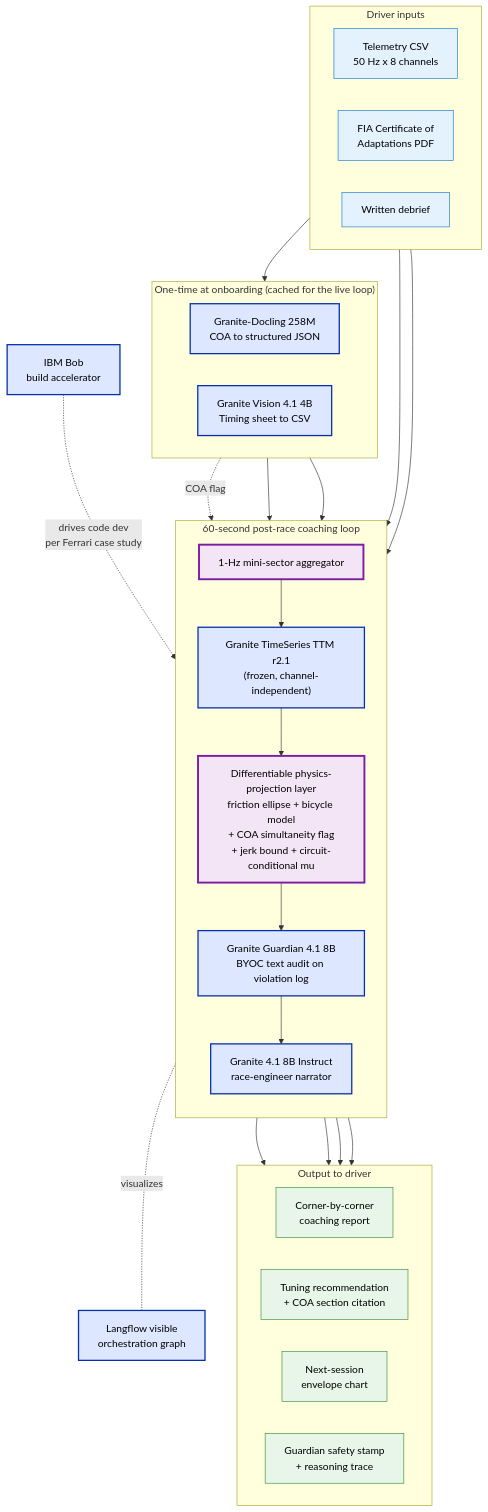
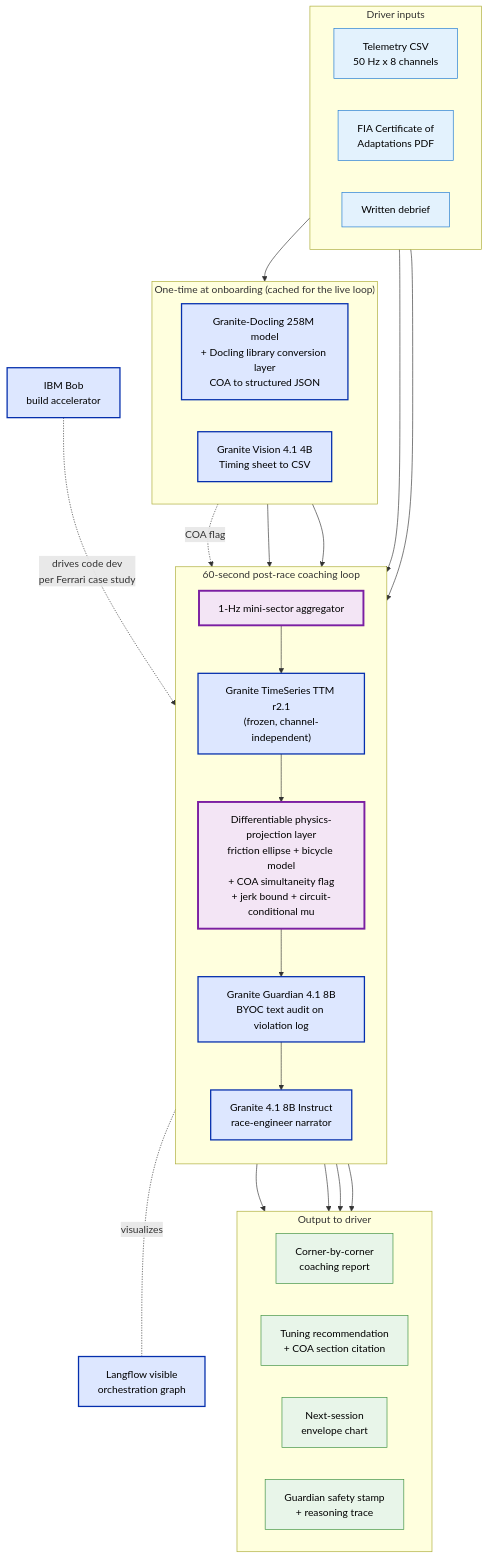
One commit to StephenSook/apex changed the diagram in README.md. Above: the diagram before and after it, drawn with Mermaid.

Commit message:
docs(readme): align Mermaid OB node with prose 'Eight IBM tools' (Granite-Docling model + Docling library)

````diff
--- a/README.md
+++ b/README.md
@@ -60,63 +60,63 @@
 ```mermaid
 flowchart TB
     subgraph In["Driver inputs"]
         direction LR
         TEL["Telemetry CSV<br/>50 Hz x 8 channels"]
         COA["FIA Certificate of<br/>Adaptations PDF"]
         DBR["Written debrief"]
     end
 
     subgraph OB["One-time at onboarding (cached for the live loop)"]
         direction LR
-        DOCLING["Granite-Docling 258M<br/>COA to structured JSON"]
+        DOCLING["Granite-Docling 258M model<br/>+ Docling library conversion layer<br/>COA to structured JSON"]
         VISION["Granite Vision 4.1 4B<br/>Timing sheet to CSV"]
     end
 
     subgraph LL["60-second post-race coaching loop"]
         direction TB
         AGG["1-Hz mini-sector aggregator"]
         TTM["Granite TimeSeries TTM r2.1<br/>(frozen, channel-independent)"]
         PROJ["Differentiable physics-projection layer<br/>friction ellipse + bicycle model<br/>+ COA simultaneity flag<br/>+ jerk bound + circuit-conditional mu"]
         GUARD["Granite Guardian 4.1 8B<br/>BYOC text audit on violation log"]
         INSTR["Granite 4.1 8B Instruct<br/>race-engineer narrator"]
     end
 
     subgraph Out["Output to driver"]
         direction LR
         REPORT["Corner-by-corner<br/>coaching report"]
         TUNE["Tuning recommendation<br/>+ COA section citation"]
         FCST["Next-session<br/>envelope chart"]
         STAMP["Guardian safety stamp<br/>+ reasoning trace"]
     end
 
     TEL --> AGG
     COA --> DOCLING
     AGG --> TTM
     DOCLING -. COA flag .-> PROJ
     TTM --> PROJ
     PROJ --> GUARD
     DBR --> INSTR
     GUARD --> INSTR
     DOCLING --> INSTR
     VISION --> INSTR
     INSTR --> REPORT
     INSTR --> TUNE
     PROJ --> FCST
     GUARD --> STAMP
 
     LF["Langflow visible<br/>orchestration graph"]
     LL -. visualizes .- LF
 
     BOB["IBM Bob<br/>build accelerator"]
     BOB -.->|drives code dev<br/>per Ferrari case study| LL
 
     classDef ibm fill:#dde7ff,stroke:#052fad,stroke-width:2px,color:#000
     classDef physics fill:#f3e5f5,stroke:#7b1fa2,stroke-width:3px,color:#000
     classDef input fill:#e3f2fd,stroke:#1976d2,color:#000
     classDef output fill:#e8f5e9,stroke:#388e3c,color:#000
 
     class TEL,COA,DBR input
     class REPORT,TUNE,FCST,STAMP output
     class DOCLING,VISION,TTM,GUARD,INSTR,LF,BOB ibm
     class PROJ,AGG physics
 ```
````
